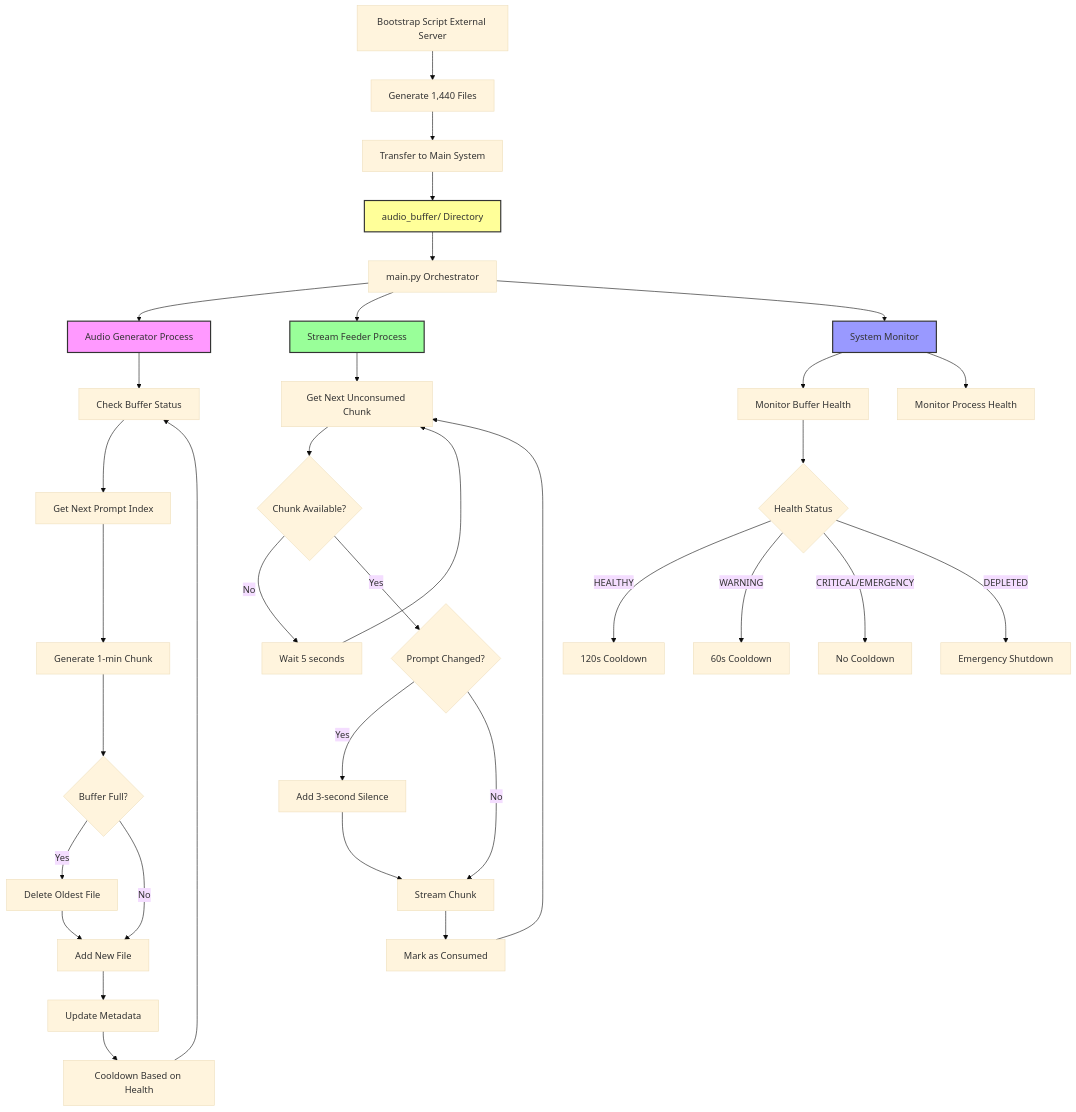
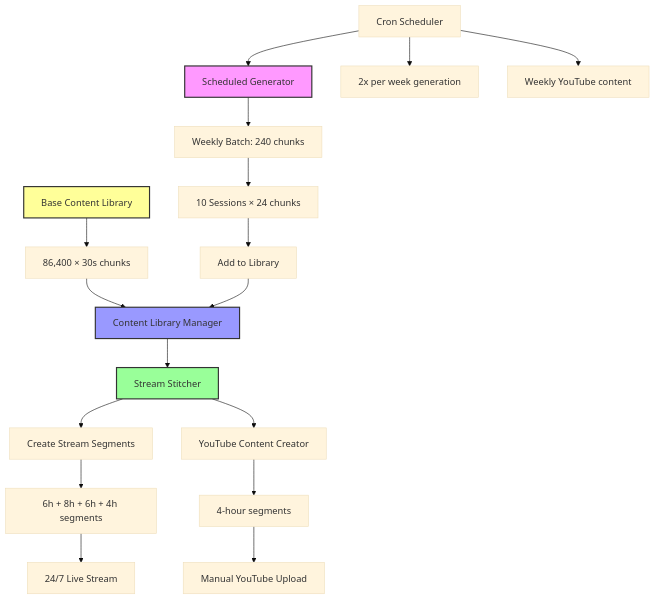
Before and after one commit to jays611/youtube-stream: the diagram in README.md, drawn with Mermaid (base theme). The commit also changed other lines of this file and 12 other files, not shown here.

````diff
--- a/README.md
+++ b/README.md
@@ -21,46 +31,28 @@
 ```mermaid
 flowchart TD
-    A[Bootstrap Script External Server] --> B[Generate 1,440 Files]
-    B --> C[Transfer to Main System]
-    C --> D[audio_buffer/ Directory]
+    A[Base Content Library] --> B[86,400 × 30s chunks]
+    B --> C[Content Library Manager]
     
-    D --> E[main.py Orchestrator]
-    E --> F[Audio Generator Process]
-    E --> G[Stream Feeder Process]
-    E --> H[System Monitor]
+    D[Scheduled Generator] --> E[Weekly Batch: 240 chunks]
+    E --> F[10 Sessions × 24 chunks]
+    F --> G[Add to Library]
+    G --> C
     
-    F --> I[Check Buffer Status]
-    I --> J[Get Next Prompt Index]
-    J --> K[Generate 1-min Chunk]
-    K --> L{Buffer Full?}
-    L -->|Yes| M[Delete Oldest File]
-    L -->|No| N[Add New File]
-    M --> N
-    N --> O[Update Metadata]
-    O --> P[Cooldown Based on Health]
-    P --> I
+    C --> H[Stream Stitcher]
+    H --> I[Create Stream Segments]
+    I --> J[6h + 8h + 6h + 4h segments]
+    J --> K[24/7 Live Stream]
     
-    G --> Q[Get Next Unconsumed Chunk]
-    Q --> R{Chunk Available?}
-    R -->|No| S[Wait 5 seconds]
-    S --> Q
-    R -->|Yes| T{Prompt Changed?}
-    T -->|Yes| U[Add 3-second Silence]
-    T -->|No| V[Stream Chunk]
-    U --> V
-    V --> W[Mark as Consumed]
-    W --> Q
+    H --> L[YouTube Content Creator]
+    L --> M[4-hour segments]
+    M --> N[Manual YouTube Upload]
     
-    H --> X[Monitor Buffer Health]
-    H --> Y[Monitor Process Health]
-    X --> Z{Health Status}
-    Z -->|HEALTHY| AA[120s Cooldown]
-    Z -->|WARNING| BB[60s Cooldown]
-    Z -->|CRITICAL/EMERGENCY| CC[No Cooldown]
-    Z -->|DEPLETED| DD[Emergency Shutdown]
+    O[Cron Scheduler] --> D
+    O --> P[2x per week generation]
+    O --> Q[Weekly YouTube content]
     
-    style F fill:#f9f,stroke:#333,stroke-width:2px
-    style G fill:#9f9,stroke:#333,stroke-width:2px
-    style H fill:#99f,stroke:#333,stroke-width:2px
-    style D fill:#ff9,stroke:#333,stroke-width:2px
+    style A fill:#ff9,stroke:#333,stroke-width:2px
+    style D fill:#f9f,stroke:#333,stroke-width:2px
+    style H fill:#9f9,stroke:#333,stroke-width:2px
+    style C fill:#99f,stroke:#333,stroke-width:2px
 ```
````
